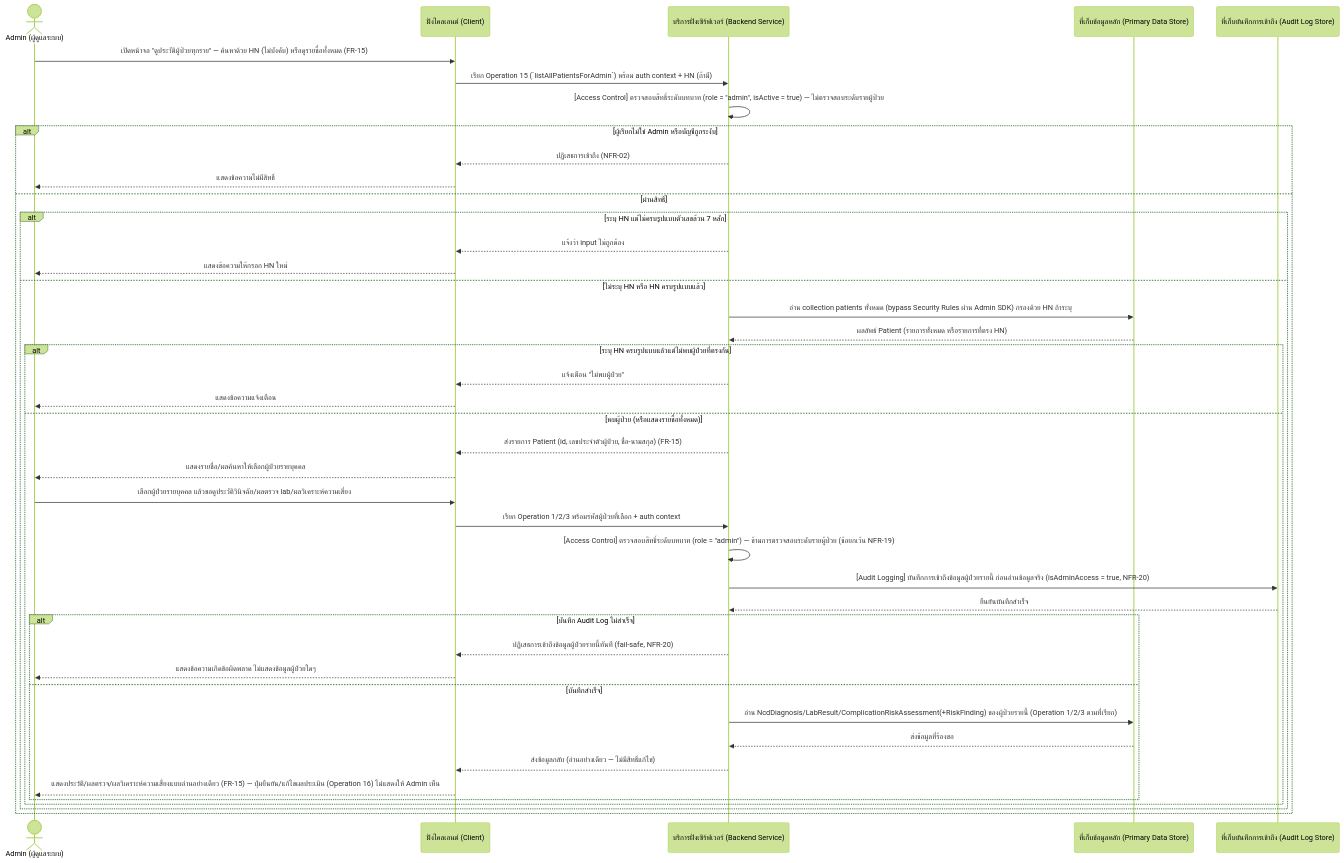
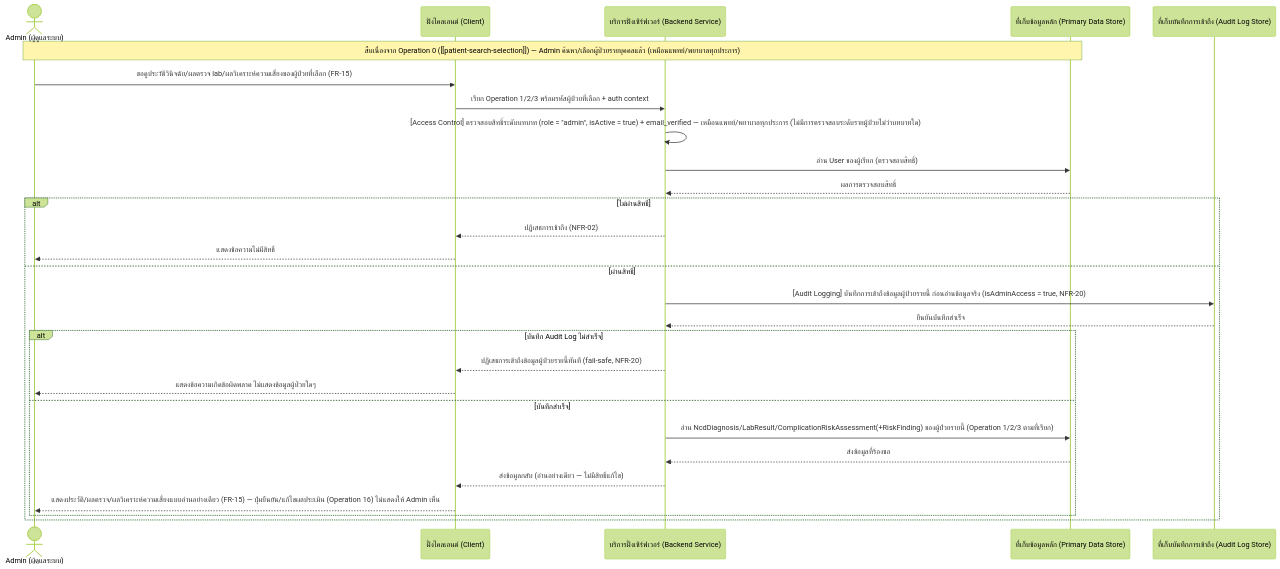
Before and after one commit to fadtypat/track-ncds: the third of 4 diagrams in docs/02-design/02-technical/detailed-design/admin-role-account-management.md, drawn with Mermaid (forest theme). The commit also changed other lines of this file and 19 other files, not shown here.

````diff
--- a/docs/02-design/02-technical/detailed-design/admin-role-account-management.md
+++ b/docs/02-design/02-technical/detailed-design/admin-role-account-management.md
@@ -192,45 +155,32 @@
 ```mermaid
 sequenceDiagram
     actor Admin as Admin (ผู้ดูแลระบบ)
     participant Client as ฝั่งไคลเอนต์ (Client)
     participant Backend as บริการฝั่งเซิร์ฟเวอร์ (Backend Service)
     participant Store as ที่เก็บข้อมูลหลัก (Primary Data Store)
     participant AuditStore as ที่เก็บบันทึกการเข้าถึง (Audit Log Store)
 
-    Admin->>Client: เปิดหน้าจอ "ดูประวัติผู้ป่วยทุกราย" — ค้นหาด้วย HN (ไม่บังคับ) หรือดูรายชื่อทั้งหมด (FR-15)
-    Client->>Backend: เรียก Operation 15 (`listAllPatientsForAdmin`) พร้อม auth context + HN (ถ้ามี)
-    Backend->>Backend: [Access Control] ตรวจสอบสิทธิ์ระดับบทบาท (role = "admin", isActive = true) — ไม่ตรวจสอบระดับรายผู้ป่วย
-    alt ผู้เรียกไม่ใช่ Admin หรือบัญชีถูกระงับ
+    Note over Admin,Store: สืบเนื่องจาก Operation 0 ([[patient-search-selection]]) — Admin ค้นหา/เลือกผู้ป่วยรายบุคคลแล้ว (เหมือนแพทย์/พยาบาลทุกประการ)
+
+    Admin->>Client: ขอดูประวัติวินิจฉัย/ผลตรวจ lab/ผลวิเคราะห์ความเสี่ยงของผู้ป่วยที่เลือก (FR-15)
+    Client->>Backend: เรียก Operation 1/2/3 พร้อมรหัสผู้ป่วยที่เลือก + auth context
+    Backend->>Backend: [Access Control] ตรวจสอบสิทธิ์ระดับบทบาท (role = "admin", isActive = true) + email_verified — เหมือนแพทย์/พยาบาลทุกประการ (ไม่มีการตรวจสอบระดับรายผู้ป่วยไม่ว่าบทบาทใด)
+    Backend->>Store: อ่าน User ของผู้เรียก (ตรวจสอบสิทธิ์)
+    Store-->>Backend: ผลการตรวจสอบสิทธิ์
+    alt ไม่ผ่านสิทธิ์
         Backend-->>Client: ปฏิเสธการเข้าถึง (NFR-02)
         Client-->>Admin: แสดงข้อความไม่มีสิทธิ์
     else ผ่านสิทธิ์
-        alt ระบุ HN แต่ไม่ครบรูปแบบตัวเลขล้วน 7 หลัก
-            Backend-->>Client: แจ้งว่า input ไม่ถูกต้อง
-            Client-->>Admin: แสดงข้อความให้กรอก HN ใหม่
-        else ไม่ระบุ HN หรือ HN ครบรูปแบบแล้ว
-            Backend->>Store: อ่าน collection patients ทั้งหมด (bypass Security Rules ผ่าน Admin SDK) กรองด้วย HN ถ้าระบุ
-            Store-->>Backend: ผลลัพธ์ Patient (รายการทั้งหมด หรือรายการที่ตรง HN)
-            alt ระบุ HN ครบรูปแบบแล้วแต่ไม่พบผู้ป่วยที่ตรงกัน
-                Backend-->>Client: แจ้งเตือน "ไม่พบผู้ป่วย"
-                Client-->>Admin: แสดงข้อความแจ้งเตือน
-            else พบผู้ป่วย (หรือแสดงรายชื่อทั้งหมด)
-                Backend-->>Client: ส่งรายการ Patient (id, เลขประจำตัวผู้ป่วย, ชื่อ-นามสกุล) (FR-15)
-                Client-->>Admin: แสดงรายชื่อ/ผลค้นหาให้เลือกผู้ป่วยรายบุคคล
-                Admin->>Client: เลือกผู้ป่วยรายบุคคล แล้วขอดูประวัติวินิจฉัย/ผลตรวจ lab/ผลวิเคราะห์ความเสี่ยง
-                Client->>Backend: เรียก Operation 1/2/3 พร้อมรหัสผู้ป่วยที่เลือก + auth context
-                Backend->>Backend: [Access Control] ตรวจสอบสิทธิ์ระดับบทบาท (role = "admin") — ข้ามการตรวจสอบระดับรายผู้ป่วย (ข้อยกเว้น NFR-19)
-                Backend->>AuditStore: [Audit Logging] บันทึกการเข้าถึงข้อมูลผู้ป่วยรายนี้ ก่อนอ่านข้อมูลจริง (isAdminAccess = true, NFR-20)
-                AuditStore-->>Backend: ยืนยันบันทึกสำเร็จ
-                alt บันทึก Audit Log ไม่สำเร็จ
-                    Backend-->>Client: ปฏิเสธการเข้าถึงข้อมูลผู้ป่วยรายนี้ทันที (fail-safe, NFR-20)
-                    Client-->>Admin: แสดงข้อความเกิดข้อผิดพลาด ไม่แสดงข้อมูลผู้ป่วยใดๆ
-                else บันทึกสำเร็จ
-                    Backend->>Store: อ่าน NcdDiagnosis/LabResult/ComplicationRiskAssessment(+RiskFinding) ของผู้ป่วยรายนี้ (Operation 1/2/3 ตามที่เรียก)
-                    Store-->>Backend: ส่งข้อมูลที่ร้องขอ
-                    Backend-->>Client: ส่งข้อมูลกลับ (อ่านอย่างเดียว — ไม่มีสิทธิ์แก้ไข)
-                    Client-->>Admin: แสดงประวัติ/ผลตรวจ/ผลวิเคราะห์ความเสี่ยงแบบอ่านอย่างเดียว (FR-15) — ปุ่มยืนยัน/แก้ไขผลประเมิน (Operation 16) ไม่แสดงให้ Admin เห็น
-                end
-            end
+        Backend->>AuditStore: [Audit Logging] บันทึกการเข้าถึงข้อมูลผู้ป่วยรายนี้ ก่อนอ่านข้อมูลจริง (isAdminAccess = true, NFR-20)
+        AuditStore-->>Backend: ยืนยันบันทึกสำเร็จ
+        alt บันทึก Audit Log ไม่สำเร็จ
+            Backend-->>Client: ปฏิเสธการเข้าถึงข้อมูลผู้ป่วยรายนี้ทันที (fail-safe, NFR-20)
+            Client-->>Admin: แสดงข้อความเกิดข้อผิดพลาด ไม่แสดงข้อมูลผู้ป่วยใดๆ
+        else บันทึกสำเร็จ
+            Backend->>Store: อ่าน NcdDiagnosis/LabResult/ComplicationRiskAssessment(+RiskFinding) ของผู้ป่วยรายนี้ (Operation 1/2/3 ตามที่เรียก)
+            Store-->>Backend: ส่งข้อมูลที่ร้องขอ
+            Backend-->>Client: ส่งข้อมูลกลับ (อ่านอย่างเดียว — ไม่มีสิทธิ์แก้ไข)
+            Client-->>Admin: แสดงประวัติ/ผลตรวจ/ผลวิเคราะห์ความเสี่ยงแบบอ่านอย่างเดียว (FR-15) — ปุ่มยืนยัน/แก้ไขผลประเมิน (Operation 16) ไม่แสดงให้ Admin เห็น
         end
     end
 ```
````
